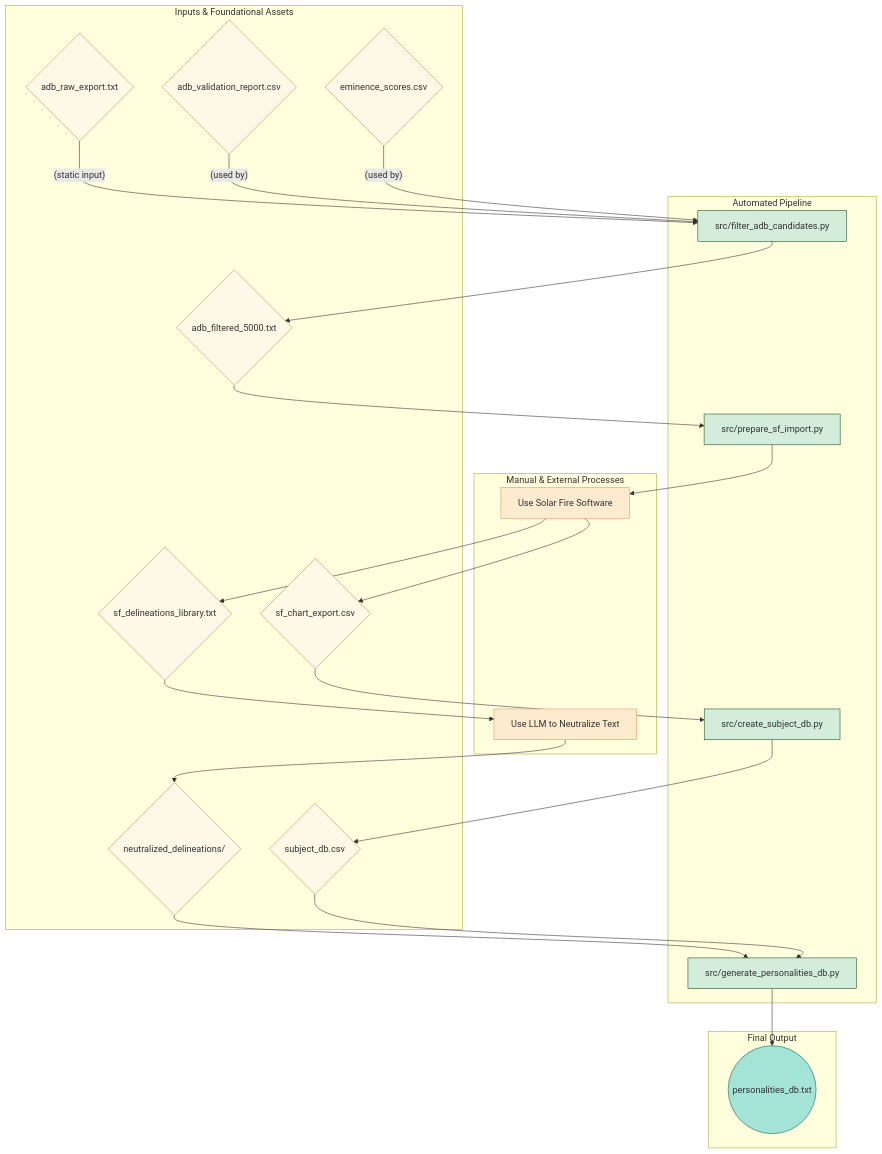
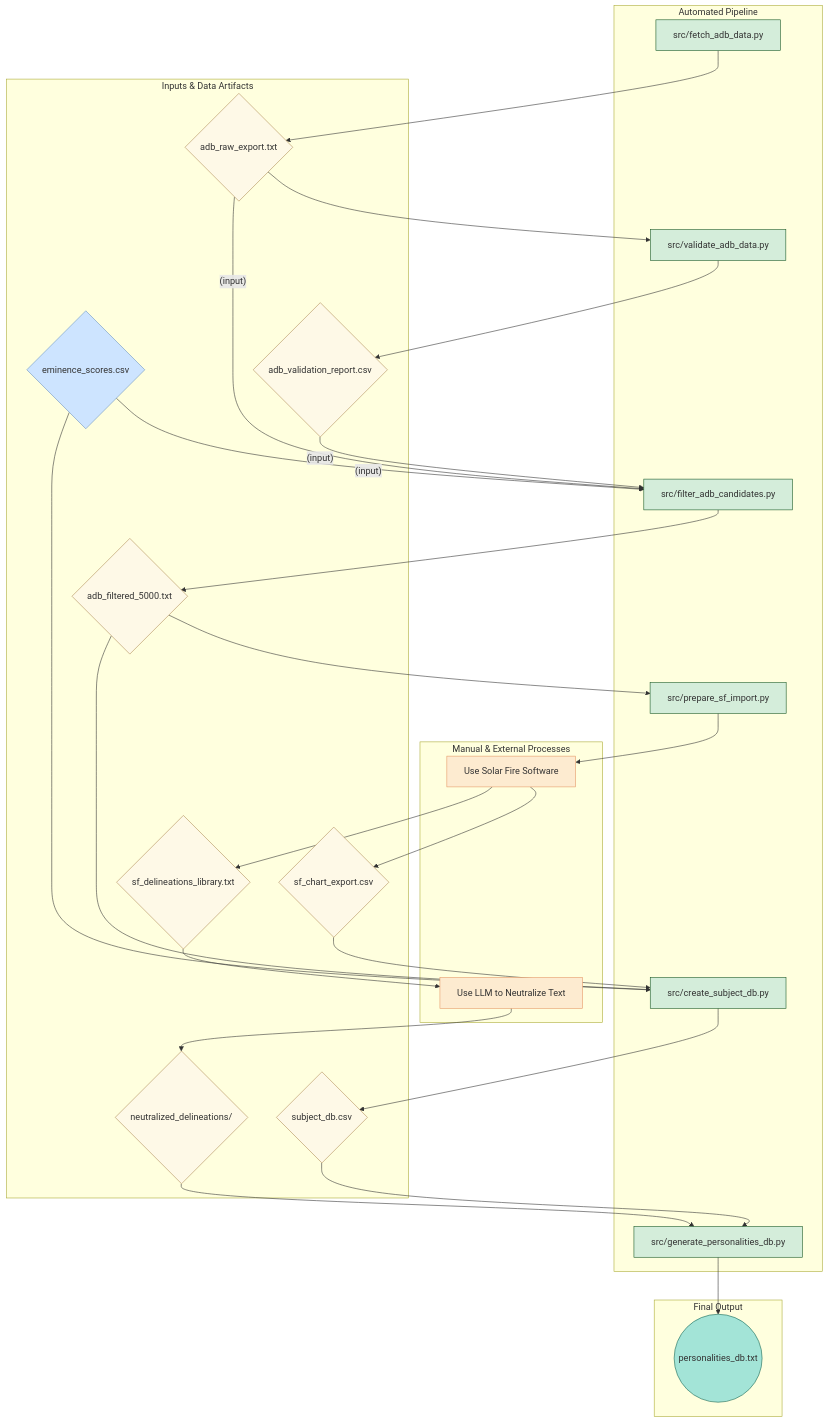
The diagram in docs/diagrams/flow_prep_pipeline.mmd (peterjmarko/llm-narrative-framework), drawn with Mermaid before and after one commit. The commit also changed 13 other files, not shown here.

First line of the commit message:
feat(data-prep): automate data fetching and enhance validation pipeline

```diff
--- a/docs/diagrams/flow_prep_pipeline.mmd
+++ b/docs/diagrams/flow_prep_pipeline.mmd
@@ -1,63 +1,74 @@
 graph TD
     subgraph "Automated Pipeline"
-        F[src/filter_adb_candidates.py]
-        H[src/prepare_sf_import.py]
-        S[src/create_subject_db.py]
-        N[src/generate_personalities_db.py]
+        S_fetch[src/fetch_adb_data.py]
+        S_validate[src/validate_adb_data.py]
+        S_filter[src/filter_adb_candidates.py]
+        S_prepare[src/prepare_sf_import.py]
+        S_create[src/create_subject_db.py]
+        S_generate[src/generate_personalities_db.py]
     end
 
     subgraph "Manual & External Processes"
-        I[Use Solar Fire Software]
-        L[Use LLM to Neutralize Text]
+        P_sf[Use Solar Fire Software]
+        P_llm[Use LLM to Neutralize Text]
     end
     
-    subgraph "Inputs & Foundational Assets"
-        B_raw{adb_raw_export.txt}
-        Q_report{adb_validation_report.csv}
+    subgraph "Inputs & Data Artifacts"
         E_scores{eminence_scores.csv}
-        G_filtered{adb_filtered_5000.txt}
-        J_export{sf_chart_export.csv}
-        K_lib{sf_delineations_library.txt}
-        M_neut{neutralized_delineations/}
-        R_db{subject_db.csv}
+        A_raw{adb_raw_export.txt}
+        B_report{adb_validation_report.csv}
+        C_filtered{adb_filtered_5000.txt}
+        D_export{sf_chart_export.csv}
+        E_lib{sf_delineations_library.txt}
+        F_neut{neutralized_delineations/}
+        G_db{subject_db.csv}
     end
 
     subgraph "Final Output"
         O((personalities_db.txt))
     end
 
-    B_raw -- "(static input)" --> F
-    Q_report -- "(used by)" --> F
-    E_scores -- "(used by)" --> F
-    F --> G_filtered
-    G_filtered --> H
+    S_fetch --> A_raw
+    A_raw --> S_validate
+    S_validate --> B_report
     
-    H --> I
-    I --> J_export
-    I --> K_lib
+    A_raw -- "(input)" --> S_filter
+    B_report -- "(input)" --> S_filter
+    E_scores -- "(input)" --> S_filter
+    S_filter --> C_filtered
 
-    K_lib --> L
-    L --> M_neut
+    C_filtered --> S_prepare
+    S_prepare --> P_sf
     
-    J_export --> S
-    S --> R_db
+    P_sf --> D_export
+    P_sf --> E_lib
+
+    E_lib --> P_llm
+    P_llm --> F_neut
     
-    R_db --> N
-    M_neut --> N
-    N --> O
+    D_export --> S_create
+    C_filtered --> S_create
+    E_scores --> S_create
+    S_create --> G_db
+    
+    G_db --> S_generate
+    F_neut --> S_generate
+    S_generate --> O
 
-    style F fill:#d4edda,stroke:#155724
-    style H fill:#d4edda,stroke:#155724
-    style S fill:#d4edda,stroke:#155724
-    style N fill:#d4edda,stroke:#155724
-    style I fill:#fdebd0,stroke:#e59866
-    style L fill:#fdebd0,stroke:#e59866
-    style B_raw fill:#fef9e7,stroke:#b08d57
-    style Q_report fill:#fef9e7,stroke:#b08d57
-    style E_scores fill:#fef9e7,stroke:#b08d57
-    style G_filtered fill:#fef9e7,stroke:#b08d57
-    style J_export fill:#fef9e7,stroke:#b08d57
-    style K_lib fill:#fef9e7,stroke:#b08d57
-    style M_neut fill:#fef9e7,stroke:#b08d57
-    style R_db fill:#fef9e7,stroke:#b08d57
+    style S_fetch fill:#d4edda,stroke:#155724
+    style S_validate fill:#d4edda,stroke:#155724
+    style S_filter fill:#d4edda,stroke:#155724
+    style S_prepare fill:#d4edda,stroke:#155724
+    style S_create fill:#d4edda,stroke:#155724
+    style S_generate fill:#d4edda,stroke:#155724
+    style P_sf fill:#fdebd0,stroke:#e59866
+    style P_llm fill:#fdebd0,stroke:#e59866
+    style E_scores fill:#cde4ff,stroke:#6c93be
+    style A_raw fill:#fef9e7,stroke:#b08d57
+    style B_report fill:#fef9e7,stroke:#b08d57
+    style C_filtered fill:#fef9e7,stroke:#b08d57
+    style D_export fill:#fef9e7,stroke:#b08d57
+    style E_lib fill:#fef9e7,stroke:#b08d57
+    style F_neut fill:#fef9e7,stroke:#b08d57
+    style G_db fill:#fef9e7,stroke:#b08d57
     style O fill:#a3e4d7,stroke:#0e6251
```
